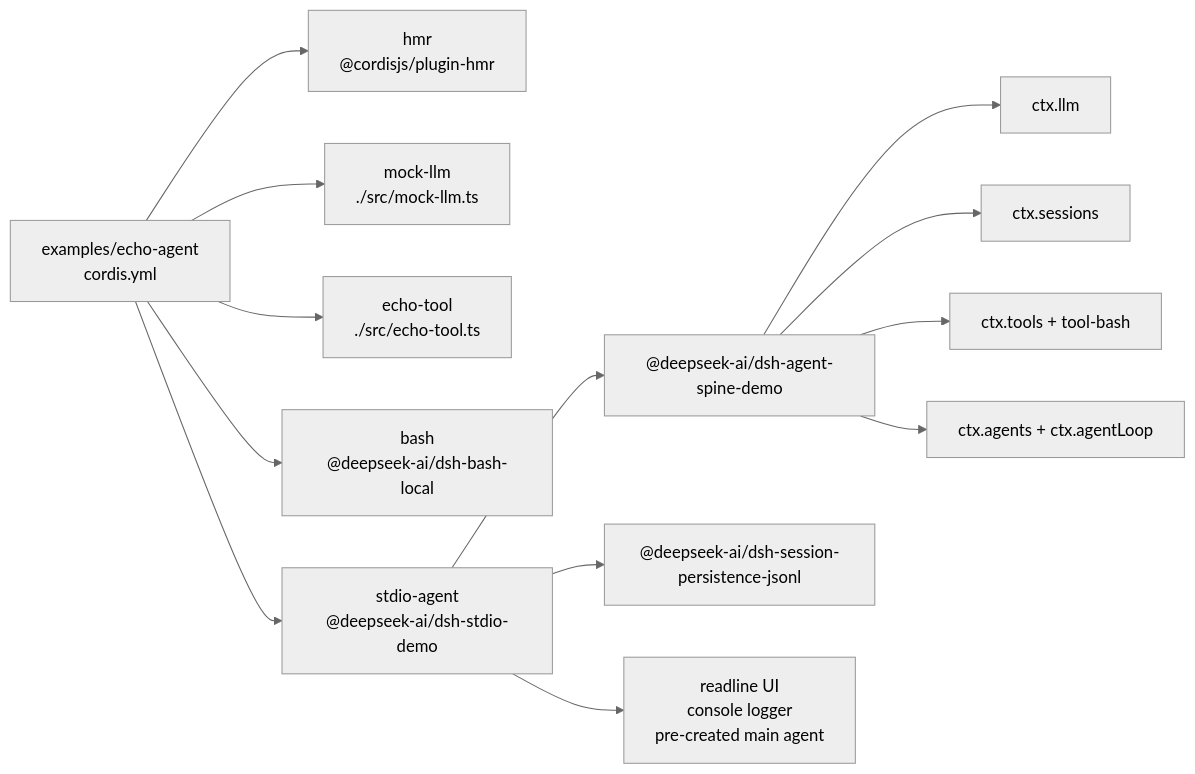
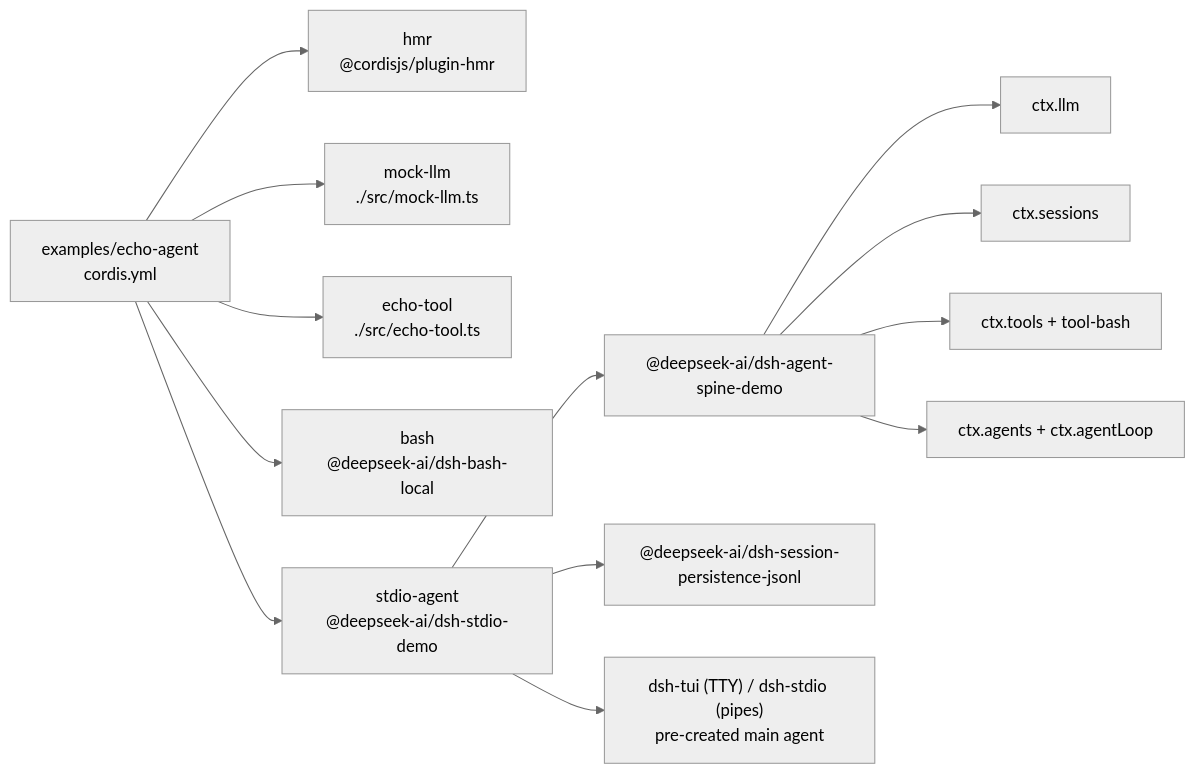
The diagram in examples/echo-agent/composition.md (007M7/DeepCode), drawn with Mermaid (neutral theme) before and after one commit. The commit also changed 48 other files, not shown here.

````diff
--- a/examples/echo-agent/composition.md
+++ b/examples/echo-agent/composition.md
@@ -8,21 +8,21 @@
 ```mermaid
 flowchart LR
   cfg["examples/echo-agent<br/>cordis.yml"]
   plugin_echo_hmr["hmr<br/>@cordisjs/plugin-hmr"]
   cfg --> plugin_echo_hmr
   plugin_echo_mock_llm["mock-llm<br/>./src/mock-llm.ts"]
   cfg --> plugin_echo_mock_llm
   plugin_echo_echo_tool["echo-tool<br/>./src/echo-tool.ts"]
   cfg --> plugin_echo_echo_tool
   plugin_echo_bash["bash<br/>@deepseek-ai/dsh-bash-local"]
   cfg --> plugin_echo_bash
   plugin_echo_stdio_agent["stdio-agent<br/>@deepseek-ai/dsh-stdio-demo"]
   cfg --> plugin_echo_stdio_agent
   plugin_echo_stdio_agent --> bundle_agent_core["@deepseek-ai/dsh-agent-spine-demo"]
   plugin_echo_stdio_agent --> bundle_jsonl["@deepseek-ai/dsh-session-persistence-jsonl"]
-  plugin_echo_stdio_agent --> frontdoor_stdio["readline UI<br/>console logger<br/>pre-created main agent"]
+  plugin_echo_stdio_agent --> frontdoor_stdio["dsh-tui (TTY) / dsh-stdio (pipes)<br/>pre-created main agent"]
   bundle_agent_core --> spine_llm["ctx.llm"]
   bundle_agent_core --> spine_sessions["ctx.sessions"]
   bundle_agent_core --> spine_tools["ctx.tools + tool-bash"]
   bundle_agent_core --> spine_loop["ctx.agents + ctx.agentLoop"]
 ```
````
